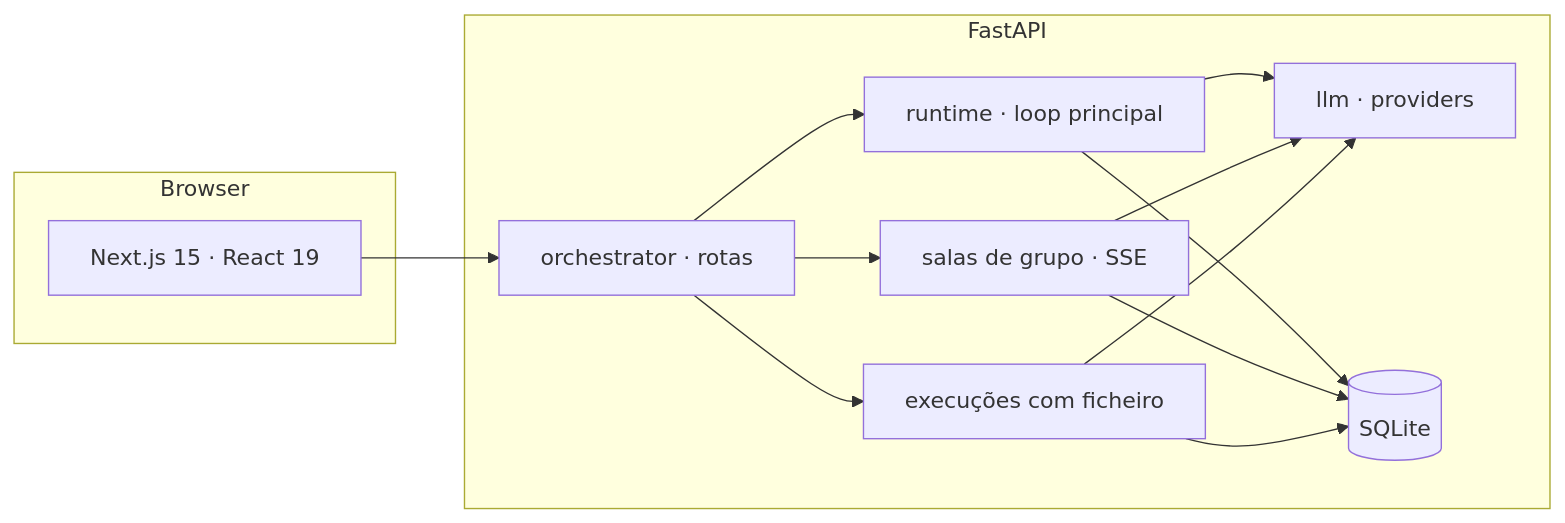
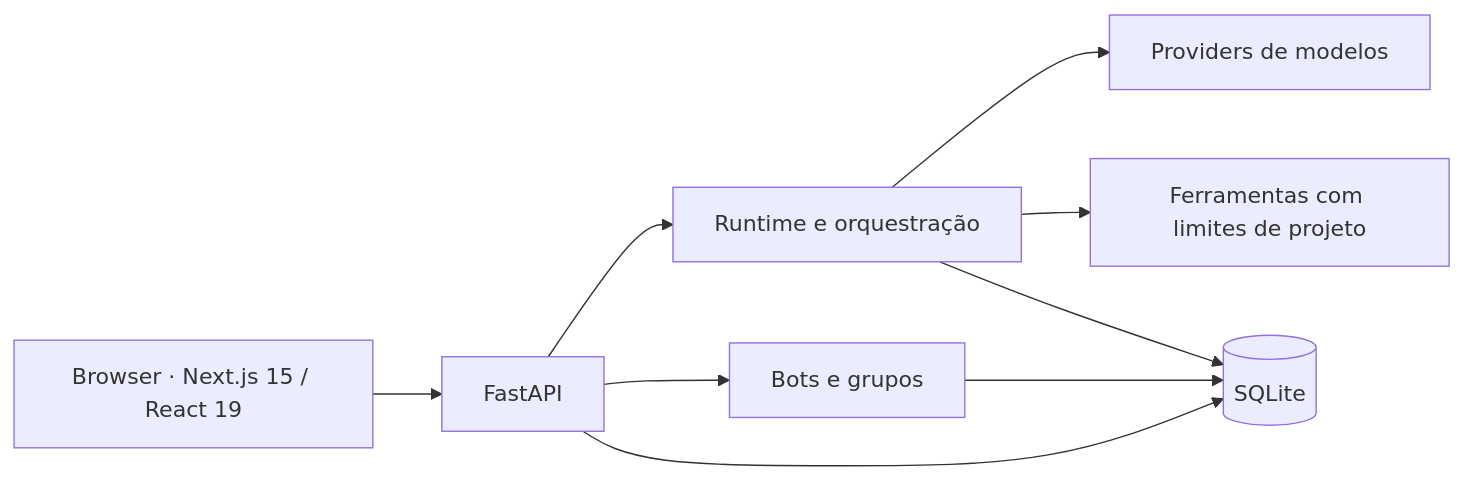
One commit to serafimbanana4480-stack/projeto-ia-aula changed the diagram in README.md. Above: the diagram before and after it, drawn with Mermaid. The commit also changed other lines of this file and 205 other files, not shown here.

Commit message:
chore: save local closeout work (bots runtime, groups, voice, memory, screenshots)

````diff
--- a/README.md
+++ b/README.md
@@ -93,24 +143,11 @@
 ```mermaid
 flowchart LR
-  subgraph browser [Browser]
-    Next["Next.js 15 · React 19"]
-  end
-  subgraph api [FastAPI]
-    Routes["orchestrator · rotas"]
-    Runtime["runtime · loop principal"]
-    Groups["salas de grupo · SSE"]
-    FileRuns["execuções com ficheiro"]
-    Providers["llm · providers"]
-    DB[("SQLite")]
-  end
-  Next --> Routes
-  Routes --> Runtime
-  Routes --> Groups
-  Routes --> FileRuns
-  Runtime --> Providers
-  Groups --> Providers
-  FileRuns --> Providers
-  Runtime --> DB
-  Groups --> DB
-  FileRuns --> DB
+  Browser["Browser · Next.js 15 / React 19"] --> API["FastAPI"]
+  API --> Runtime["Runtime e orquestração"]
+  API --> Bots["Bots e grupos"]
+  Runtime --> Providers["Providers de modelos"]
+  Runtime --> Tools["Ferramentas com limites de projeto"]
+  API --> SQLite[("SQLite")]
+  Bots --> SQLite
+  Runtime --> SQLite
 ```
````
